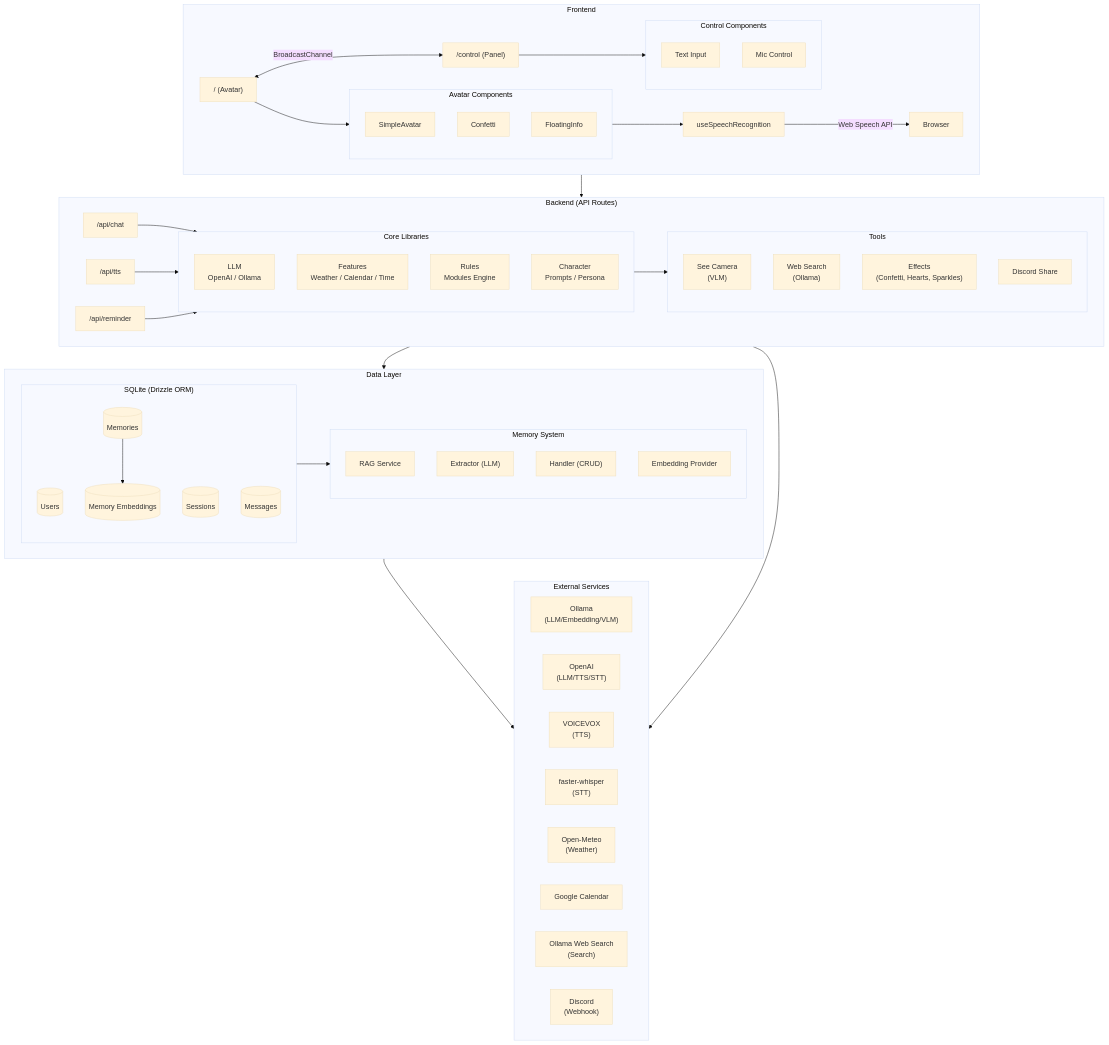
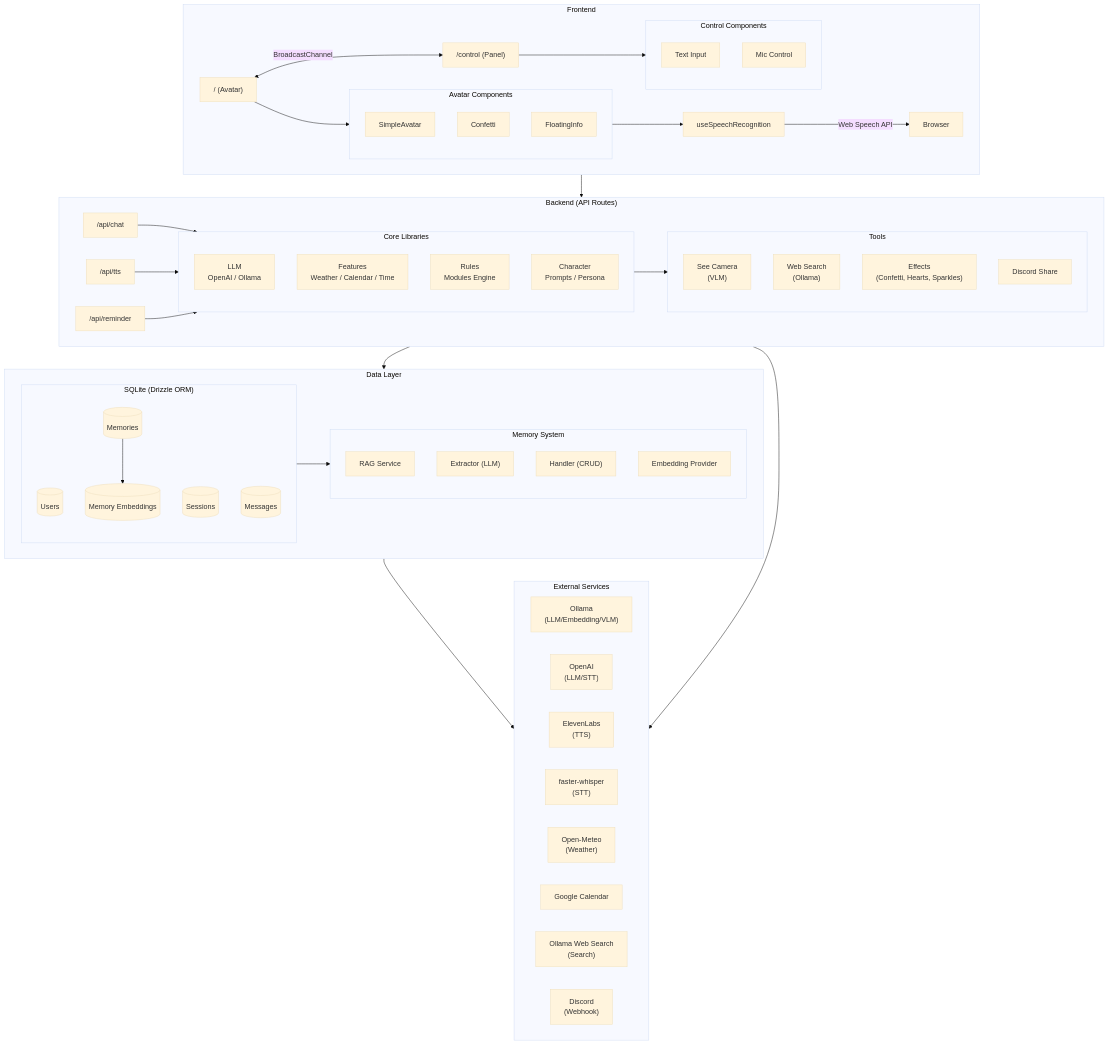
The diagram in docs/guide/architecture.md (barrax63/mirrormate), drawn with Mermaid (base theme) before and after one commit. The commit also changed other lines of this file and 43 other files, not shown here.

First line of the commit message:
feat: remove VOICEVOX, and pick from the account's ElevenLabs voices (#16)

```diff
--- a/docs/guide/architecture.md
+++ b/docs/guide/architecture.md
@@ -77,8 +77,8 @@
 
     subgraph External["External Services"]
         Ollama["Ollama<br/>(LLM/Embedding/VLM)"]
-        OpenAI["OpenAI<br/>(LLM/TTS/STT)"]
-        VOICEVOX["VOICEVOX<br/>(TTS)"]
+        OpenAI["OpenAI<br/>(LLM/STT)"]
+        ElevenLabs["ElevenLabs<br/>(TTS)"]
         Whisper["faster-whisper<br/>(STT)"]
         OpenMeteo["Open-Meteo<br/>(Weather)"]
         GoogleCal["Google Calendar"]
```
